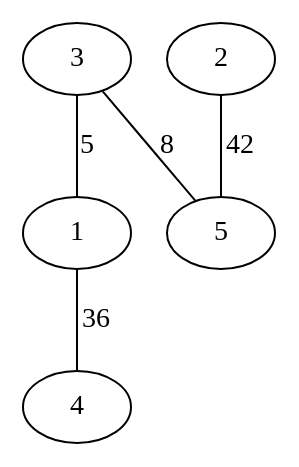
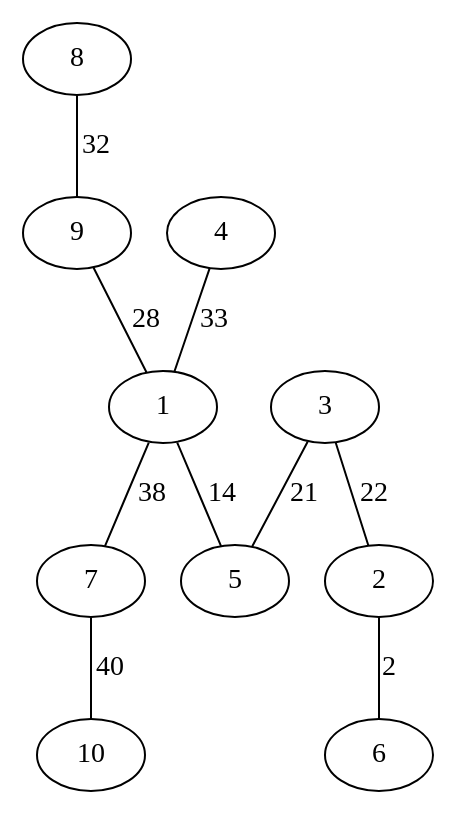
The diagram in proyecto_1/archivos_graphviz/AAMST.dot (ElvisTech007/proyectos_DAA), drawn with Graphviz before and after one commit. The commit also changed 3 other files, not shown here.

```diff
--- a/proyecto_1/archivos_graphviz/AAMST.dot
+++ b/proyecto_1/archivos_graphviz/AAMST.dot
@@ -1,11 +1,21 @@
 graph G_1_MST {
+    8;
+    9;
+    7;
+    10;
+    1;
+    5;
     3;
-    1;
+    2;
     4;
-    2;
-    5;
-    3 -- 1 [label="5"];
-    1 -- 4 [label="36"];
-    2 -- 5 [label="42"];
-    3 -- 5 [label="8"];
+    6;
+    8 -- 9 [label="32"];
+    7 -- 10 [label="40"];
+    9 -- 1 [label="28"];
+    1 -- 5 [label="14"];
+    3 -- 2 [label="22"];
+    4 -- 1 [label="33"];
+    3 -- 5 [label="21"];
+    1 -- 7 [label="38"];
+    2 -- 6 [label="2"];
 }
```
